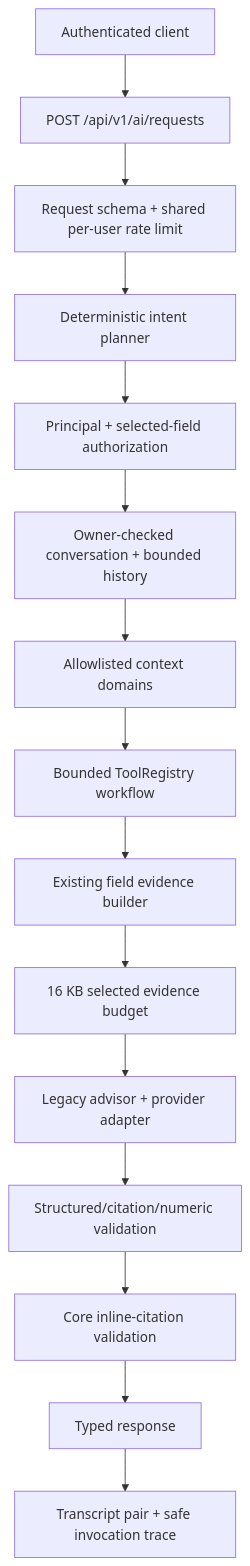
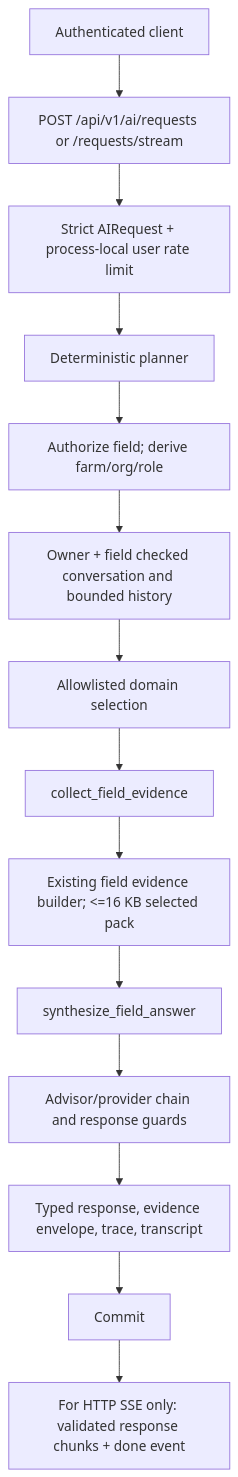
One commit to abdelrahmanelharouny/project1 changed the diagram in mini-services/fieldshift-api/docs/architecture/CROPTWIST_AI_CORE_ARCHITECTURE.md. Above: the diagram before and after it, drawn with Mermaid. The commit also changed other lines of this file and 51 other files, not shown here.

````diff
--- a/mini-services/fieldshift-api/docs/architecture/CROPTWIST_AI_CORE_ARCHITECTURE.md
+++ b/mini-services/fieldshift-api/docs/architecture/CROPTWIST_AI_CORE_ARCHITECTURE.md
@@ -13,17 +13,16 @@
 ```mermaid
 flowchart TD
-    A[Authenticated client] --> B[POST /api/v1/ai/requests]
-    B --> C[Request schema + shared per-user rate limit]
-    C --> D[Deterministic intent planner]
-    D --> E[Principal + selected-field authorization]
-    E --> F[Owner-checked conversation + bounded history]
-    F --> G[Allowlisted context domains]
-    G --> H[Bounded ToolRegistry workflow]
-    H --> I[Existing field evidence builder]
-    I --> J[16 KB selected evidence budget]
-    J --> K[Legacy advisor + provider adapter]
-    K --> L[Structured/citation/numeric validation]
-    L --> M[Core inline-citation validation]
-    M --> N[Typed response]
-    N --> O[Transcript pair + safe invocation trace]
+    A[Authenticated client] --> B[POST /api/v1/ai/requests or /requests/stream]
+    B --> C[Strict AIRequest + process-local user rate limit]
+    C --> D[Deterministic planner]
+    D --> E[Authorize field; derive farm/org/role]
+    E --> F[Owner + field checked conversation and bounded history]
+    F --> G[Allowlisted domain selection]
+    G --> H[collect_field_evidence]
+    H --> I[Existing field evidence builder; <=16 KB selected pack]
+    I --> J[synthesize_field_answer]
+    J --> K[Advisor/provider chain and response guards]
+    K --> L[Typed response, evidence envelope, trace, transcript]
+    L --> M[Commit]
+    M --> N[For HTTP SSE only: validated response chunks + done event]
 ```
````
